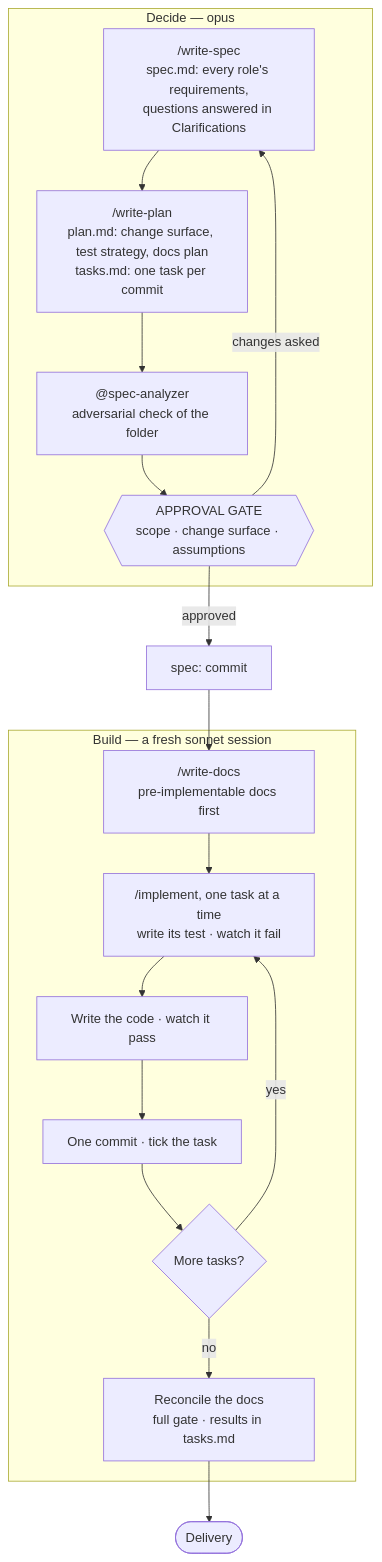
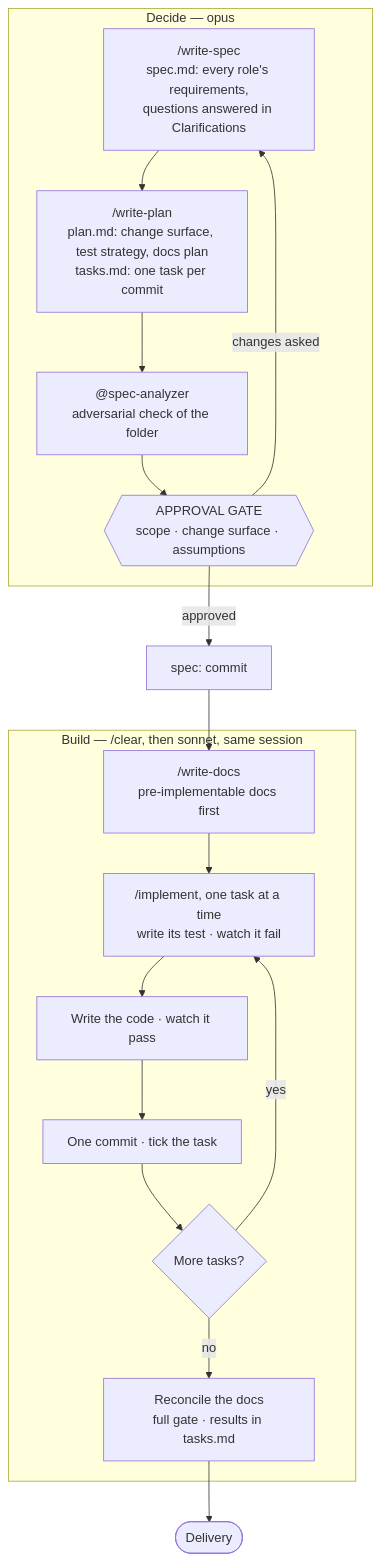
Before and after one commit to Aplyca/AgenticDevelopmentFramework: the third of 6 diagrams in README.md, drawn with Mermaid. The commit also changed other lines of this file and 18 other files, not shown here.

First line of the commit message:
fix: a task's phases stay in its session; after the gate, clear and switch to Sonnet there (0062)

````diff
--- a/README.md
+++ b/README.md
@@ -274,25 +274,25 @@
 ```mermaid
 flowchart TD
     subgraph decide["Decide — opus"]
         spec["/write-spec<br/>spec.md: every role's requirements,<br/>questions answered in Clarifications"]
         plan["/write-plan<br/>plan.md: change surface, test strategy, docs plan<br/>tasks.md: one task per commit"]
         analyzer["@spec-analyzer<br/>adversarial check of the folder"]
         gate{{"APPROVAL GATE<br/>scope · change surface · assumptions"}}
         spec --> plan --> analyzer --> gate
         gate -->|changes asked| spec
     end
     gate -->|approved| speccommit["spec: commit"]
     speccommit --> docs
-    subgraph build["Build — a fresh sonnet session"]
+    subgraph build["Build — /clear, then sonnet, same session"]
         docs["/write-docs<br/>pre-implementable docs first"]
         writetest["/implement, one task at a time<br/>write its test · watch it fail"]
         writecode["Write the code · watch it pass"]
         taskcommit["One commit · tick the task"]
         moretasks{"More tasks?"}
         reconcile["Reconcile the docs<br/>full gate · results in tasks.md"]
         docs --> writetest --> writecode --> taskcommit --> moretasks
         moretasks -->|yes| writetest
         moretasks -->|no| reconcile
     end
     reconcile --> delivery(["Delivery"])
 ```
````
